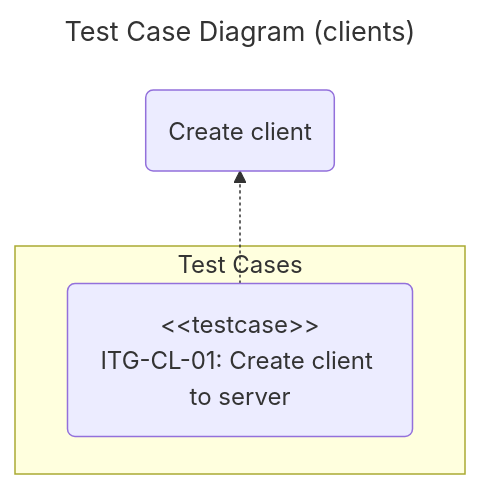
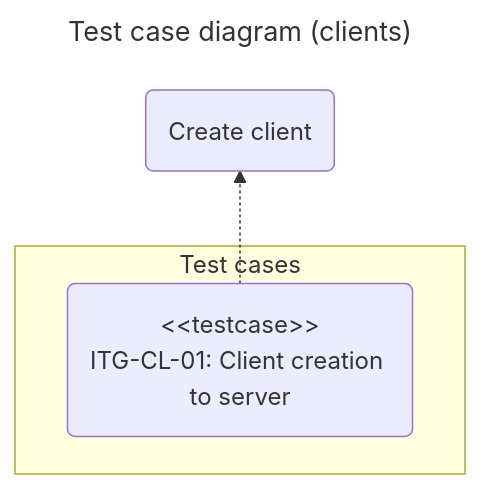
One commit to chromiodev/chromie-tool changed the first of 3 diagrams in docs/spec/tests/integration.en.md. Above: the diagram before and after it, drawn with Mermaid. The commit also changed other lines of this file and 8 other files, not shown here.

````diff
--- a/docs/spec/tests/integration.en.md
+++ b/docs/spec/tests/integration.en.md
@@ -48,16 +48,16 @@
 ```mermaid
 ---
-title: Test Case Diagram (clients)
+title: Test case diagram (clients)
 config:
 ---
 
 graph BT
   %% use cases
   createClient@{ shape: "rounded", label: "Create client" }
 
-  subgraph "Test Cases"
-    createServerClient@{ shape: "rounded", label: "#lt;#lt;testcase>><br>ITG-CL-01: Create client to server" }
+  subgraph "Test cases"
+    createServerClient@{ shape: "rounded", label: "#lt;#lt;testcase>><br>ITG-CL-01: Client creation to server" }
   end
 
   createServerClient -.-> createClient
 ```
````
